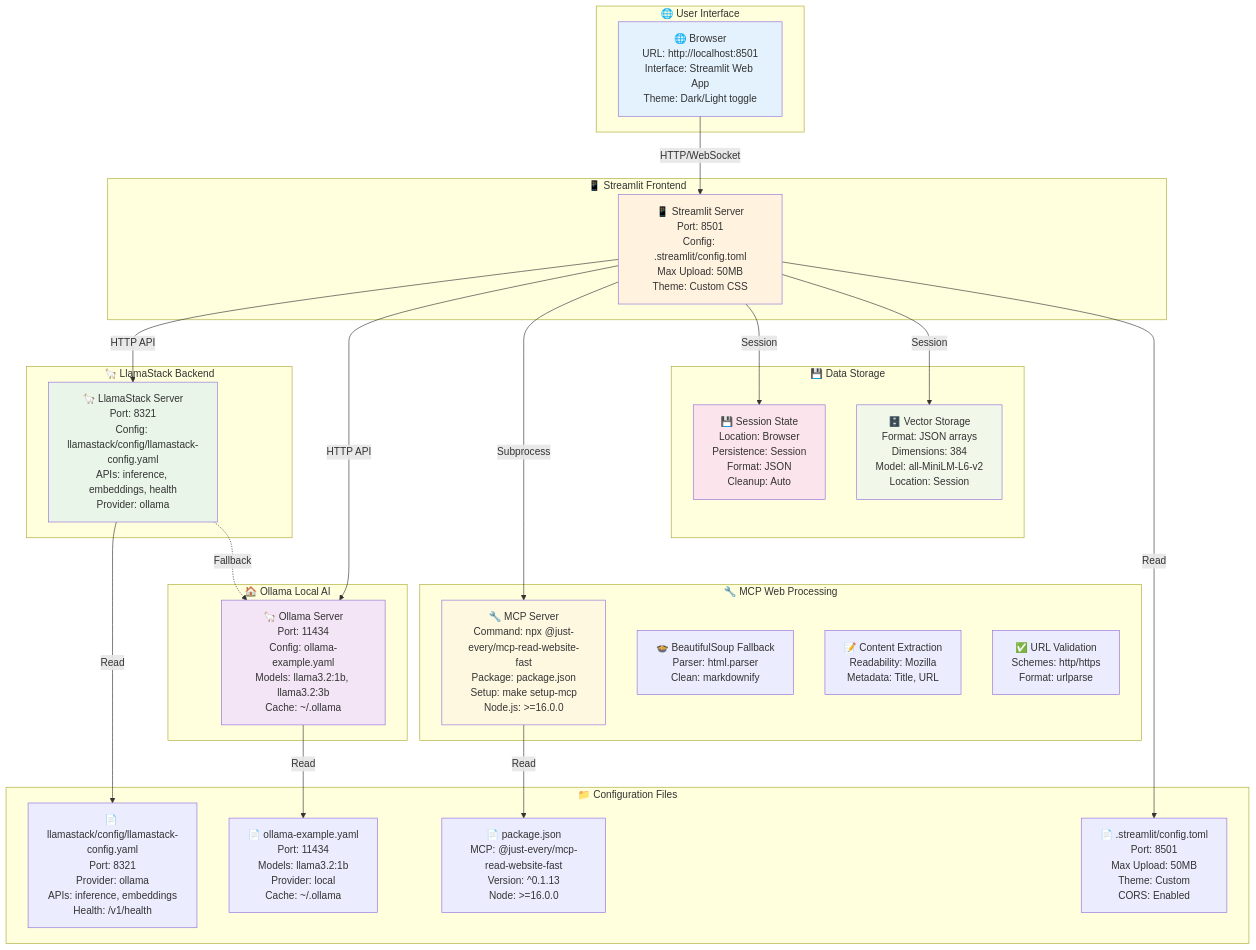
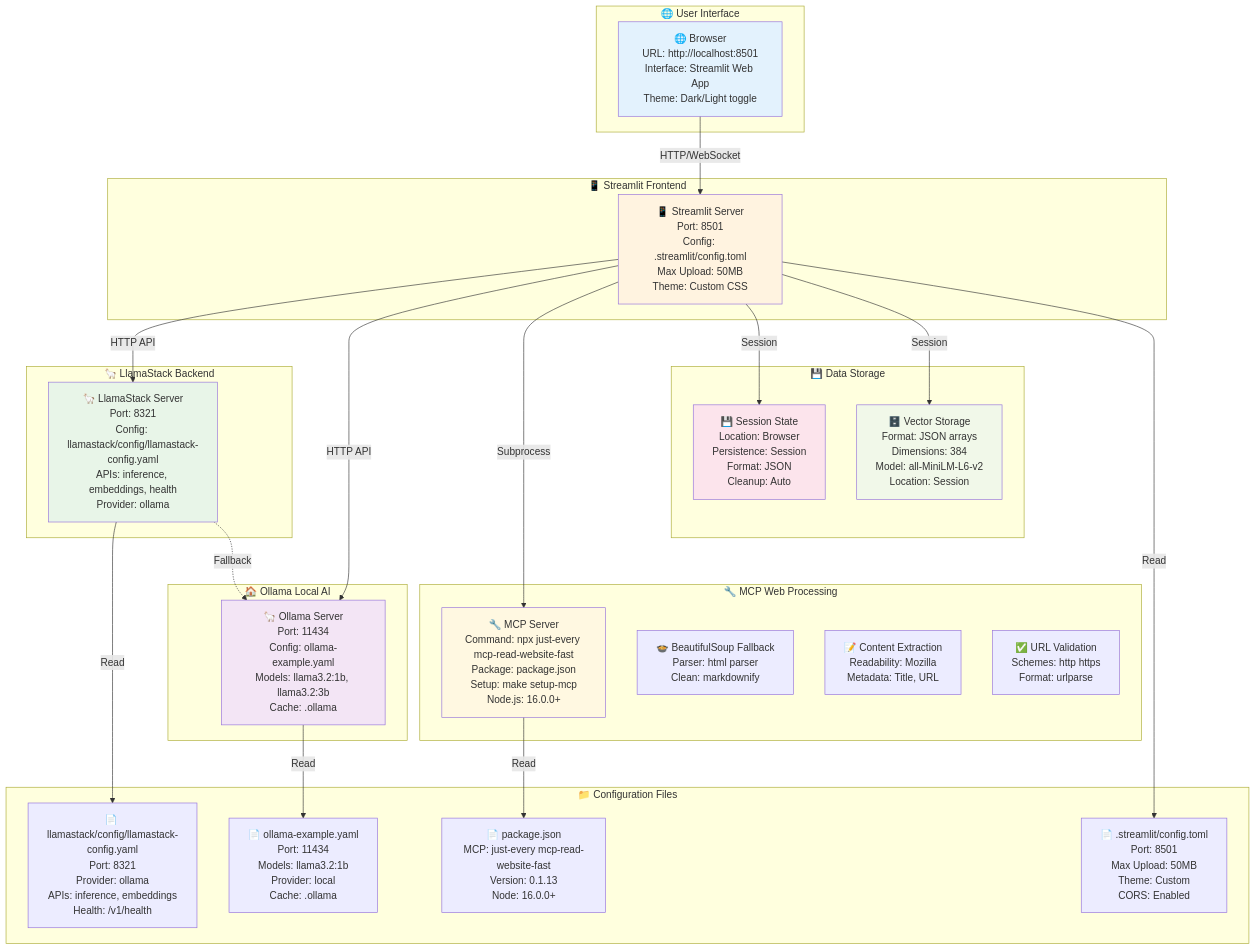
Before and after one commit to abhijeet-dhumal/llama-stack-rag: the sixth of 7 diagrams in README.md, drawn with Mermaid. The commit also changed other lines of this file and 9 other files, not shown here.

````diff
--- a/README.md
+++ b/README.md
@@ -388,62 +388,62 @@
 ```mermaid
 graph TB
     subgraph "🌐 User Interface"
         BROWSER[🌐 Browser<br/>URL: http://localhost:8501<br/>Interface: Streamlit Web App<br/>Theme: Dark/Light toggle]
     end
     
     subgraph "📱 Streamlit Frontend"
         STREAMLIT[📱 Streamlit Server<br/>Port: 8501<br/>Config: .streamlit/config.toml<br/>Max Upload: 50MB<br/>Theme: Custom CSS]
     end
     
     subgraph "🦙 LlamaStack Backend"
         LLAMASTACK[🦙 LlamaStack Server<br/>Port: 8321<br/>Config: llamastack/config/llamastack-config.yaml<br/>APIs: inference, embeddings, health<br/>Provider: ollama]
     end
     
     subgraph "🏠 Ollama Local AI"
-        OLLAMA_SERVER[🦙 Ollama Server<br/>Port: 11434<br/>Config: ollama-example.yaml<br/>Models: llama3.2:1b, llama3.2:3b<br/>Cache: ~/.ollama]
+        OLLAMA_SERVER[🦙 Ollama Server<br/>Port: 11434<br/>Config: ollama-example.yaml<br/>Models: llama3.2:1b, llama3.2:3b<br/>Cache: .ollama]
     end
     
     subgraph "🔧 MCP Web Processing"
-        MCP_SERVER[🔧 MCP Server<br/>Command: npx @just-every/mcp-read-website-fast<br/>Package: package.json<br/>Setup: make setup-mcp<br/>Node.js: >=16.0.0]
-        BEAUTIFUL_SOUP[🍲 BeautifulSoup Fallback<br/>Parser: html.parser<br/>Clean: markdownify]
+        MCP_SERVER[🔧 MCP Server<br/>Command: npx just-every mcp-read-website-fast<br/>Package: package.json<br/>Setup: make setup-mcp<br/>Node.js: 16.0.0+]
+        BEAUTIFUL_SOUP[🍲 BeautifulSoup Fallback<br/>Parser: html parser<br/>Clean: markdownify]
         WEB_EXTRACT[📝 Content Extraction<br/>Readability: Mozilla<br/>Metadata: Title, URL]
-        URL_VALIDATE[✅ URL Validation<br/>Schemes: http/https<br/>Format: urlparse]
+        URL_VALIDATE[✅ URL Validation<br/>Schemes: http https<br/>Format: urlparse]
     end
     
     subgraph "💾 Data Storage"
         SESSION_STATE[💾 Session State<br/>Location: Browser<br/>Persistence: Session<br/>Format: JSON<br/>Cleanup: Auto]
         VECTOR_STORE[🗄️ Vector Storage<br/>Format: JSON arrays<br/>Dimensions: 384<br/>Model: all-MiniLM-L6-v2<br/>Location: Session]
     end
     
     subgraph "📁 Configuration Files"
         ST_CONFIG[📄 .streamlit/config.toml<br/>Port: 8501<br/>Max Upload: 50MB<br/>Theme: Custom<br/>CORS: Enabled]
         LS_CONFIG[📄 llamastack/config/llamastack-config.yaml<br/>Port: 8321<br/>Provider: ollama<br/>APIs: inference, embeddings<br/>Health: /v1/health]
-        OLLAMA_CONFIG[📄 ollama-example.yaml<br/>Port: 11434<br/>Models: llama3.2:1b<br/>Provider: local<br/>Cache: ~/.ollama]
-        PKG_CONFIG[📄 package.json<br/>MCP: @just-every/mcp-read-website-fast<br/>Version: ^0.1.13<br/>Node: >=16.0.0]
+        OLLAMA_CONFIG[📄 ollama-example.yaml<br/>Port: 11434<br/>Models: llama3.2:1b<br/>Provider: local<br/>Cache: .ollama]
+        PKG_CONFIG[📄 package.json<br/>MCP: just-every mcp-read-website-fast<br/>Version: 0.1.13<br/>Node: 16.0.0+]
     end
     
     %% Connections
     BROWSER -->|HTTP/WebSocket| STREAMLIT
     STREAMLIT -->|HTTP API| LLAMASTACK
     STREAMLIT -->|HTTP API| OLLAMA_SERVER
     STREAMLIT -->|Subprocess| MCP_SERVER
     STREAMLIT -->|Session| SESSION_STATE
     STREAMLIT -->|Session| VECTOR_STORE
     
     %% Configuration
     STREAMLIT -->|Read| ST_CONFIG
     LLAMASTACK -->|Read| LS_CONFIG
     OLLAMA_SERVER -->|Read| OLLAMA_CONFIG
     MCP_SERVER -->|Read| PKG_CONFIG
     
     %% Fallback connections
     LLAMASTACK -.->|Fallback| OLLAMA_SERVER
     
     style BROWSER fill:#e3f2fd
     style STREAMLIT fill:#fff3e0
     style LLAMASTACK fill:#e8f5e8
     style OLLAMA_SERVER fill:#f3e5f5
     style MCP_SERVER fill:#fff8e1
     style SESSION_STATE fill:#fce4ec
     style VECTOR_STORE fill:#f1f8e9
 ```
````
